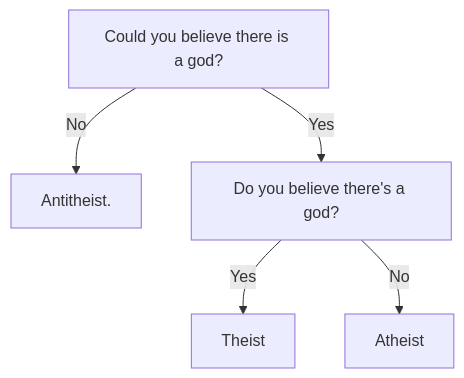
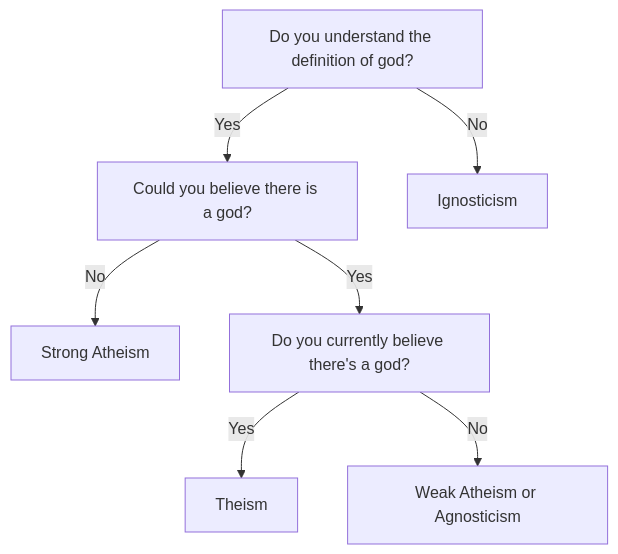
The diagram in src/pages/what-is-atheism.md (lofiskeptic/lofiskeptic.com), drawn with Mermaid before and after one commit. The commit also changed other lines of this file, not shown here.

Commit message:
WiA v1.2

````diff
--- a/src/pages/what-is-atheism.md
+++ b/src/pages/what-is-atheism.md
@@ -21,12 +22,18 @@
 ```mermaid
 graph TD
-  A[Atheist] 
-  N[Antitheist.]
-  T[Theist ]
+  StrongAtheism[Strong Atheism]
+  WeakAtheism[Weak Atheism or Agnosticism]
+  P[Do you understand the definition of god?]
   Q[Could you believe there is a god?]
-  R[Do you believe there's a god?]
+  R[Do you currently believe there's a god?]
+  P --> |No| Ignosticism
+  P --> |Yes| Q
   Q --> |Yes| R
-  Q --> |No| N
-  R --> |Yes| T
-  R --> |No| A
+  Q --> |No| StrongAtheism
+  R --> |Yes| Theism
+  R --> |No| WeakAtheism
+  click Ignosticism https://en.wikipedia.org/wiki/Ignosticism
+  click StrongAtheism https://religions.wiki/index.php/Atheist_vs._agnostic
+  click Theism https://religions.wiki/index.php/Theism
+  click WeakAtheism https://religions.wiki/index.php/Atheist_vs._agnostic
 ```
````
